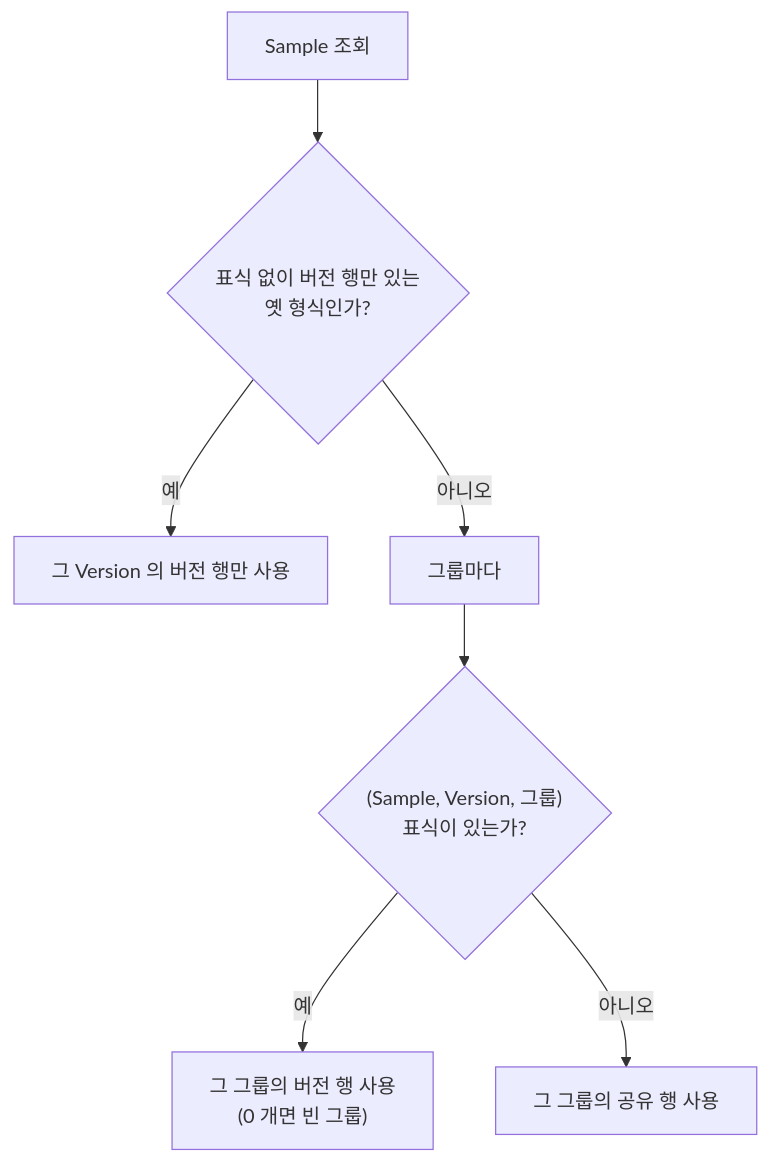
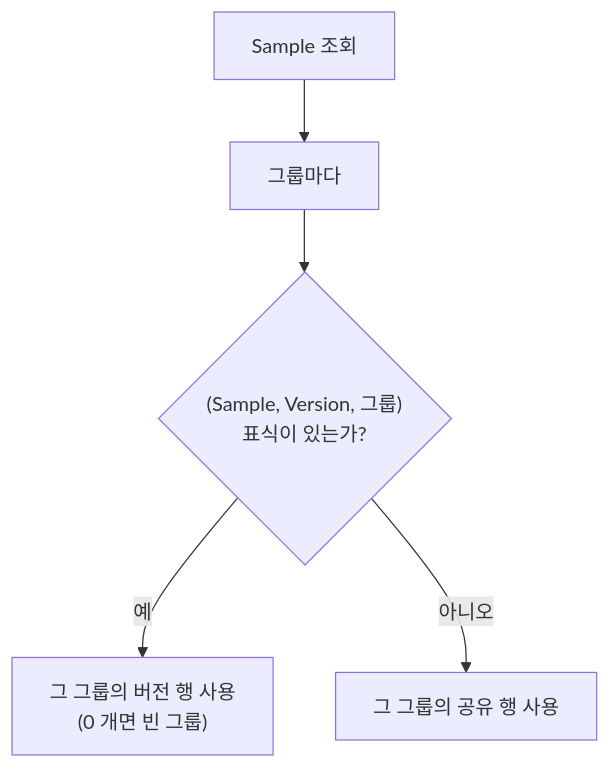
Before and after one commit to int2nexus/cas-server: the fourth of 8 diagrams in charts/nexus-server/docs/architecture.md, drawn with Mermaid. The commit also changed other lines of this file and 6 other files, not shown here.

````diff
--- a/charts/nexus-server/docs/architecture.md
+++ b/charts/nexus-server/docs/architecture.md
@@ -294,9 +294,7 @@
 ```mermaid
 flowchart TD
-    A["Sample 조회"] --> L{"표식 없이 버전 행만 있는<br/>옛 형식인가?"}
-    L -->|예| V0["그 Version 의 버전 행만 사용"]
-    L -->|아니오| G["그룹마다"]
+    A["Sample 조회"] --> G["그룹마다"]
     G --> B{"(Sample, Version, 그룹)<br/>표식이 있는가?"}
     B -->|예| C["그 그룹의 버전 행 사용<br/>(0 개면 빈 그룹)"]
     B -->|아니오| D["그 그룹의 공유 행 사용"]
 ```
````
